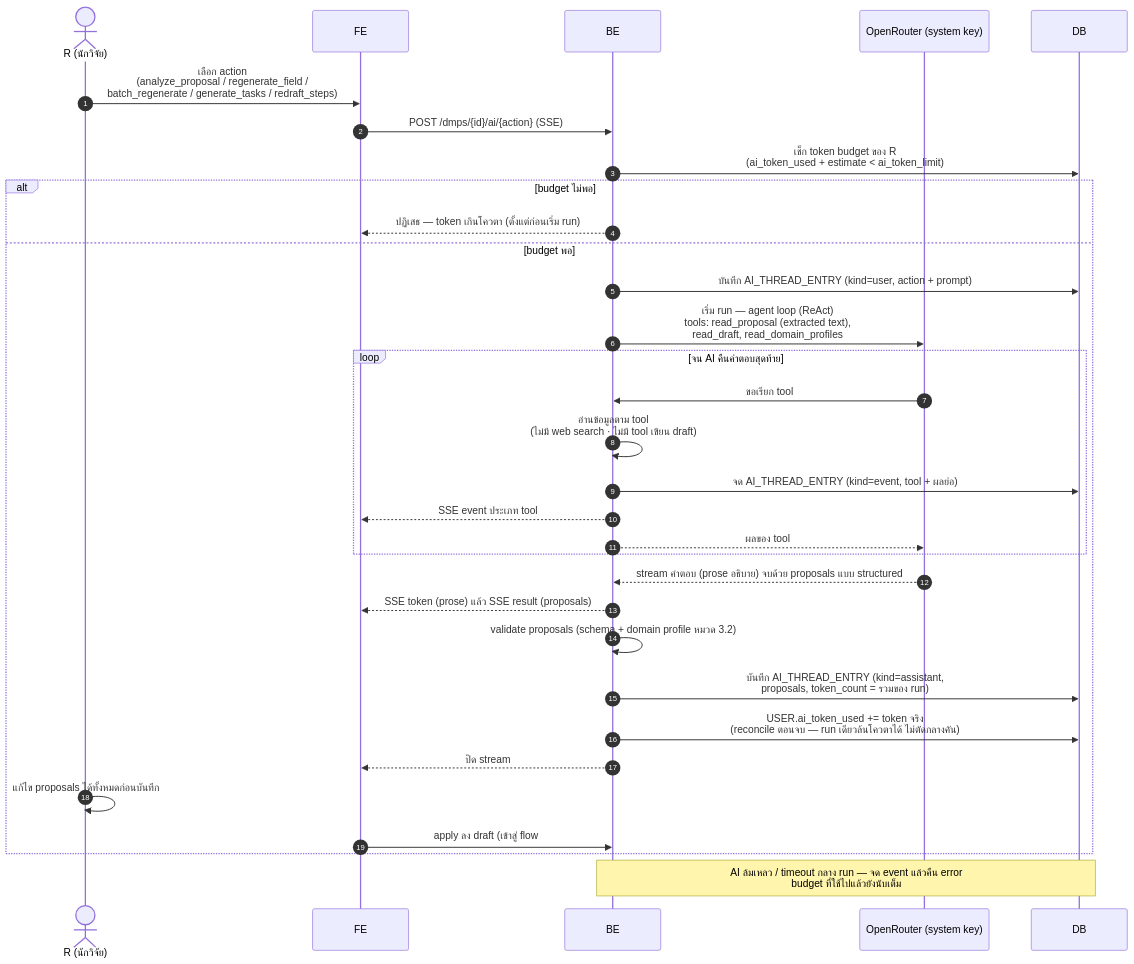
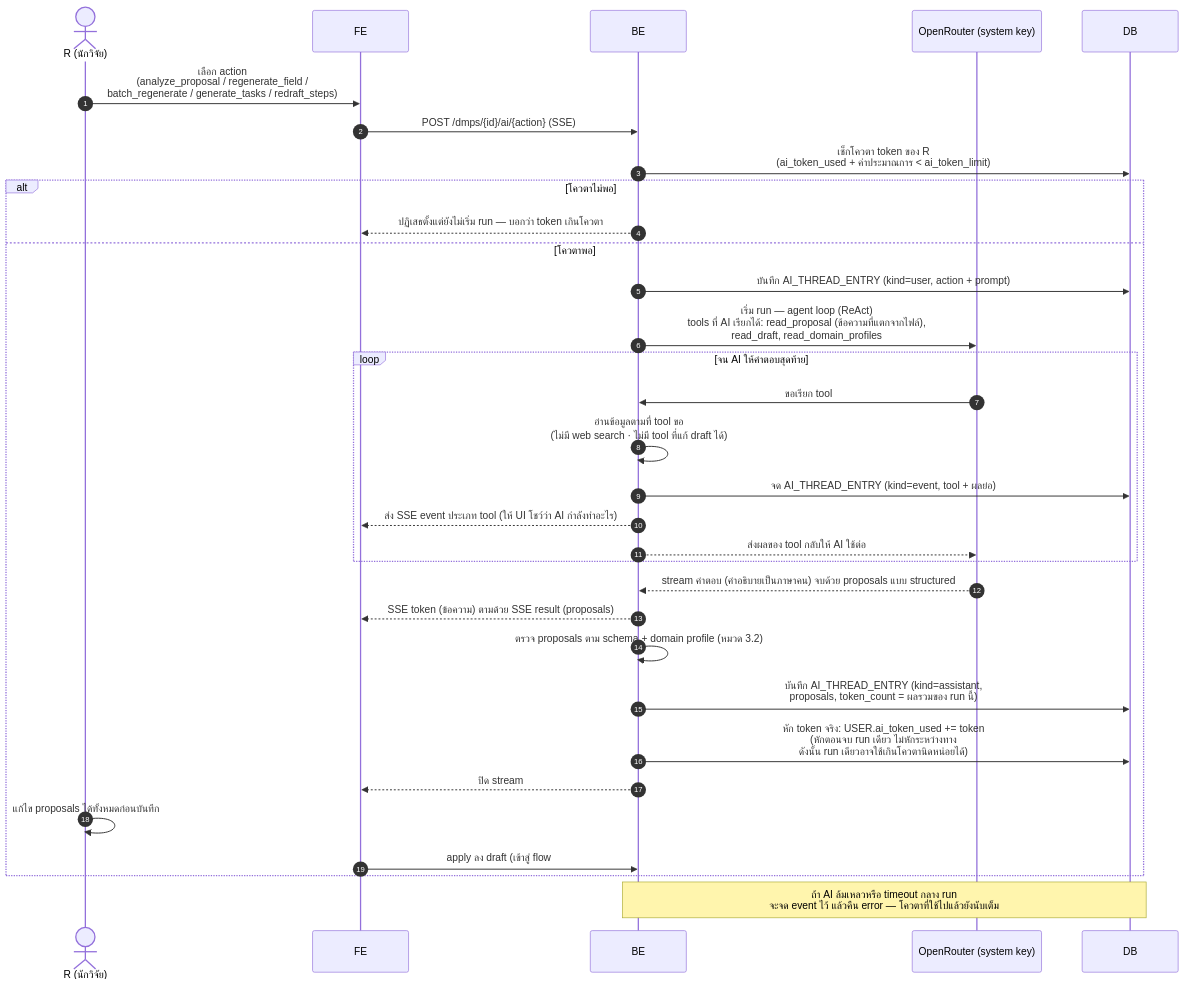
One commit to Open-Science-and-Data-management/Backend changed the third of 14 diagrams in docs/architecture/sequence-diagrams.md. Above: the diagram before and after it, drawn with Mermaid. The commit also changed other lines of this file and 15 other files, not shown here.

````diff
--- a/docs/architecture/sequence-diagrams.md
+++ b/docs/architecture/sequence-diagrams.md
@@ -124,35 +143,35 @@
 ```mermaid
 sequenceDiagram
     autonumber
     actor R as R (นักวิจัย)
     participant FE as FE
     participant BE as BE
     participant AI as OpenRouter (system key)
     participant DB as DB
 
     R->>FE: เลือก action<br/>(analyze_proposal / regenerate_field /<br/>batch_regenerate / generate_tasks / redraft_steps)
     FE->>BE: POST /dmps/{id}/ai/{action} (SSE)
-    BE->>DB: เช็ก token budget ของ R<br/>(ai_token_used + estimate < ai_token_limit)
-    alt budget ไม่พอ
-        BE-->>FE: ปฏิเสธ — token เกินโควตา (ตั้งแต่ก่อนเริ่ม run)
-    else budget พอ
+    BE->>DB: เช็กโควตา token ของ R<br/>(ai_token_used + ค่าประมาณการ < ai_token_limit)
+    alt โควตาไม่พอ
+        BE-->>FE: ปฏิเสธตั้งแต่ยังไม่เริ่ม run — บอกว่า token เกินโควตา
+    else โควตาพอ
         BE->>DB: บันทึก AI_THREAD_ENTRY (kind=user, action + prompt)
-        BE->>AI: เริ่ม run — agent loop (ReAct)<br/>tools: read_proposal (extracted text),<br/>read_draft, read_domain_profiles
-        loop จน AI คืนคำตอบสุดท้าย
+        BE->>AI: เริ่ม run — agent loop (ReAct)<br/>tools ที่ AI เรียกได้: read_proposal (ข้อความที่แตกจากไฟล์),<br/>read_draft, read_domain_profiles
+        loop จน AI ให้คำตอบสุดท้าย
             AI->>BE: ขอเรียก tool
-            BE->>BE: อ่านข้อมูลตาม tool<br/>(ไม่มี web search · ไม่มี tool เขียน draft)
+            BE->>BE: อ่านข้อมูลตามที่ tool ขอ<br/>(ไม่มี web search · ไม่มี tool ที่แก้ draft ได้)
             BE->>DB: จด AI_THREAD_ENTRY (kind=event, tool + ผลย่อ)
-            BE-->>FE: SSE event ประเภท tool
-            BE-->>AI: ผลของ tool
+            BE-->>FE: ส่ง SSE event ประเภท tool (ให้ UI โชว์ว่า AI กำลังทำอะไร)
+            BE-->>AI: ส่งผลของ tool กลับให้ AI ใช้ต่อ
         end
-        AI-->>BE: stream คำตอบ (prose อธิบาย) จบด้วย proposals แบบ structured
-        BE-->>FE: SSE token (prose) แล้ว SSE result (proposals)
-        BE->>BE: validate proposals (schema + domain profile หมวด 3.2)
-        BE->>DB: บันทึก AI_THREAD_ENTRY (kind=assistant,<br/>proposals, token_count = รวมของ run)
-        BE->>DB: USER.ai_token_used += token จริง<br/>(reconcile ตอนจบ — run เดียวล้นโควตาได้ ไม่ตัดกลางคัน)
+        AI-->>BE: stream คำตอบ (คำอธิบายเป็นภาษาคน) จบด้วย proposals แบบ structured
+        BE-->>FE: SSE token (ข้อความ) ตามด้วย SSE result (proposals)
+        BE->>BE: ตรวจ proposals ตาม schema + domain profile (หมวด 3.2)
+        BE->>DB: บันทึก AI_THREAD_ENTRY (kind=assistant,<br/>proposals, token_count = ผลรวมของ run นี้)
+        BE->>DB: หัก token จริง: USER.ai_token_used += token<br/>(หักตอนจบ run เดียว ไม่หักระหว่างทาง<br/>ดังนั้น run เดียวอาจใช้เกินโควตานิดหน่อยได้)
         BE-->>FE: ปิด stream
         R->>R: แก้ไข proposals ได้ทั้งหมดก่อนบันทึก
         FE->>BE: apply ลง draft (เข้าสู่ flow #4)
     end
-    Note over BE,DB: AI ล้มเหลว / timeout กลาง run — จด event แล้วคืน error<br/>budget ที่ใช้ไปแล้วยังนับเต็ม
+    Note over BE,DB: ถ้า AI ล้มเหลวหรือ timeout กลาง run<br/>จะจด event ไว้ แล้วคืน error — โควตาที่ใช้ไปแล้วยังนับเต็ม
 ```
````
